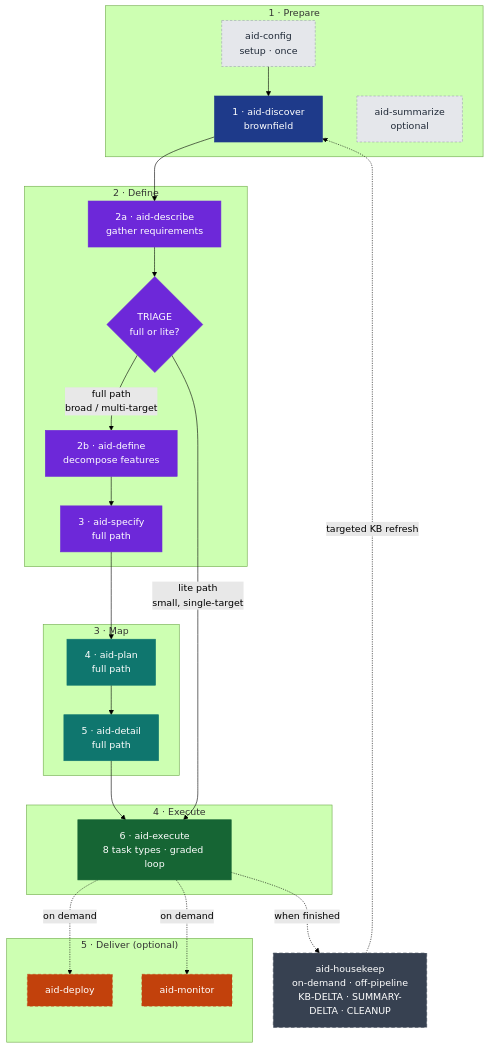
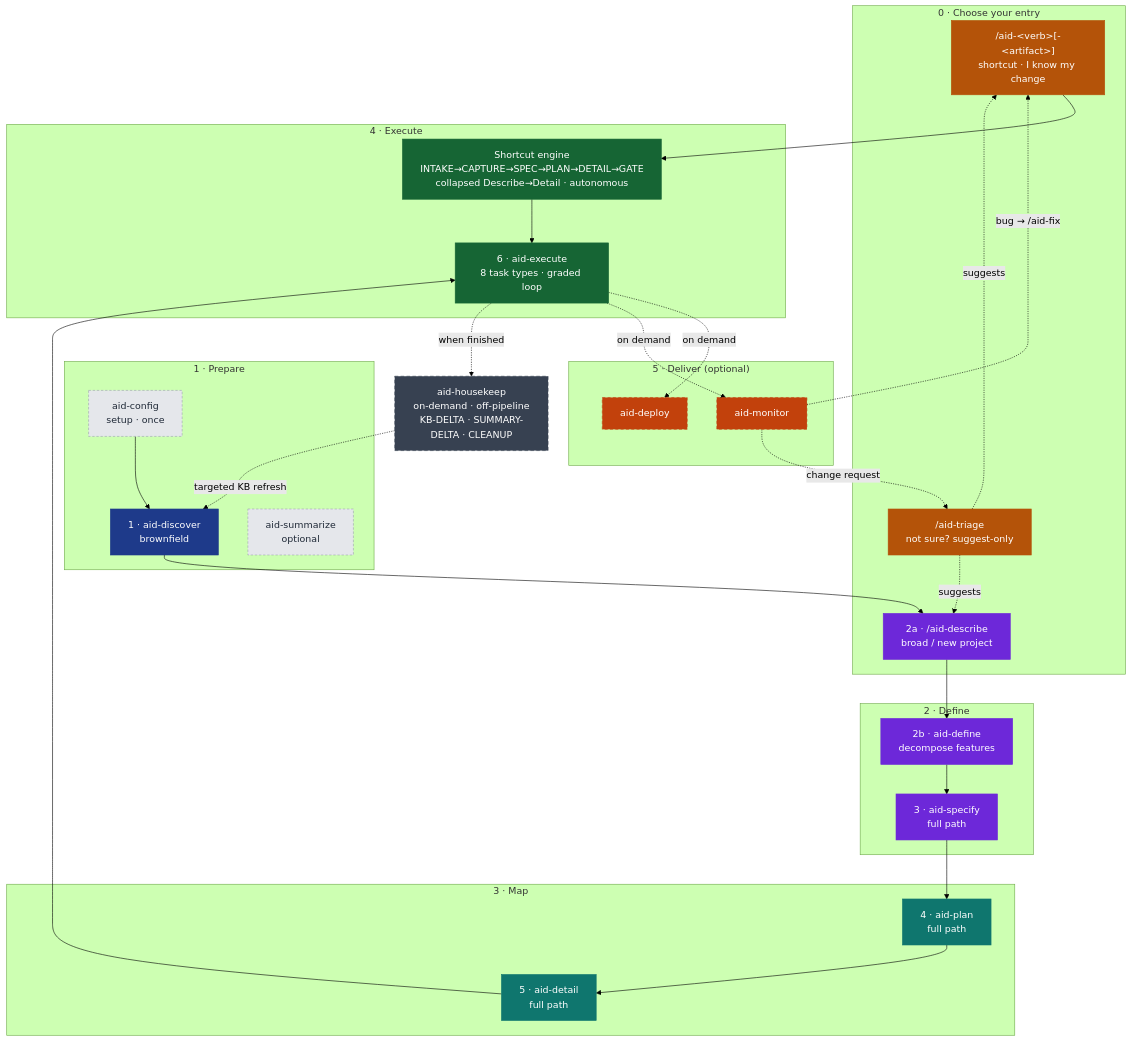
Before and after one commit to AndreVianna/aid-methodology: the diagram in site/src/content/docs/index.mdx, drawn with Mermaid (forest theme). The commit also changed other lines of this file and 37 other files, not shown here.

````diff
--- a/site/src/content/docs/index.mdx
+++ b/site/src/content/docs/index.mdx
@@ -25,43 +25,52 @@
 ```mermaid
 flowchart TB
     classDef prep    fill:#1E3A8A,stroke:#1E3A8A,color:#ffffff
     classDef def     fill:#6D28D9,stroke:#6D28D9,color:#ffffff
     classDef map     fill:#0F766E,stroke:#0F766E,color:#ffffff
     classDef exe     fill:#166534,stroke:#166534,color:#ffffff
     classDef delopt  fill:#C2410C,stroke:#C2410C,color:#ffffff,stroke-dasharray:5 4
     classDef aux     fill:#E5E7EB,stroke:#9CA3AF,color:#1F2937,stroke-dasharray:4 3
     classDef offpipe fill:#374151,stroke:#374151,color:#ffffff,stroke-dasharray:6 4
+    classDef entry   fill:#B45309,stroke:#B45309,color:#ffffff
 
+    subgraph G0[" 0 · Choose your entry "]
+        SC["/aid-&lt;verb&gt;[-&lt;artifact&gt;]<br/>shortcut · I know my change"]:::entry
+        TR["/aid-triage<br/>not sure? suggest-only"]:::entry
+        Desc["2a · /aid-describe<br/>broad / new project"]:::def
+    end
     subgraph G1[" 1 · Prepare "]
         Init["aid-config<br/>setup · once"]:::aux
         Disc["1 · aid-discover<br/>brownfield"]:::prep
         Sum["aid-summarize<br/>optional"]:::aux
     end
     subgraph G2[" 2 · Define "]
-        Desc["2a · aid-describe<br/>gather requirements"]:::def
-        Triage{"TRIAGE<br/>full or lite?"}:::def
         Def["2b · aid-define<br/>decompose features"]:::def
         Spec["3 · aid-specify<br/>full path"]:::def
     end
     subgraph G3[" 3 · Map "]
         Plan["4 · aid-plan<br/>full path"]:::map
         Det["5 · aid-detail<br/>full path"]:::map
     end
     subgraph G4[" 4 · Execute "]
+        Eng["Shortcut engine<br/>INTAKE→CAPTURE→SPEC→PLAN→DETAIL→GATE<br/>collapsed Describe→Detail · autonomous"]:::exe
         Exe["6 · aid-execute<br/>8 task types · graded loop"]:::exe
     end
     subgraph G5[" 5 · Deliver (optional) "]
         Dep["aid-deploy"]:::delopt
         Mon["aid-monitor"]:::delopt
     end
 
     HK["aid-housekeep<br/>on-demand · off-pipeline<br/>KB-DELTA · SUMMARY-DELTA · CLEANUP"]:::offpipe
 
-    Init --> Disc --> Desc --> Triage
-    Triage -- "full path<br/>broad / multi-target" --> Def --> Spec --> Plan --> Det --> Exe
-    Triage -- "lite path<br/>small, single-target" --> Exe
+    TR -. suggests .-> SC
+    TR -. suggests .-> Desc
+    Init --> Disc --> Desc
+    SC --> Eng --> Exe
+    Desc --> Def --> Spec --> Plan --> Det --> Exe
     Exe -. "on demand" .-> Dep
     Exe -. "on demand" .-> Mon
     Exe -. "when finished" .-> HK
     HK  -. "targeted KB refresh" .-> Disc
+    Mon -. "bug → /aid-fix" .-> SC
+    Mon -. "change request" .-> TR
 ```
````
